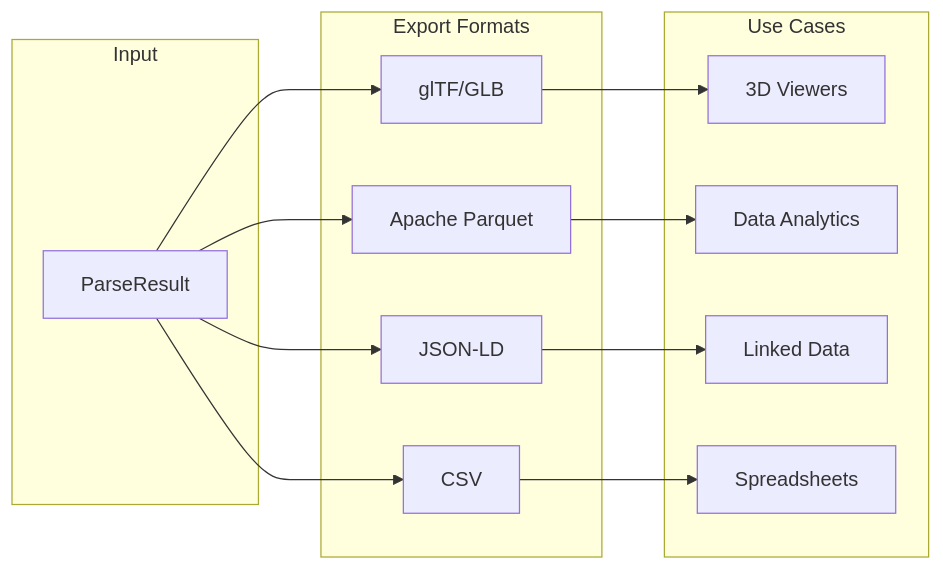
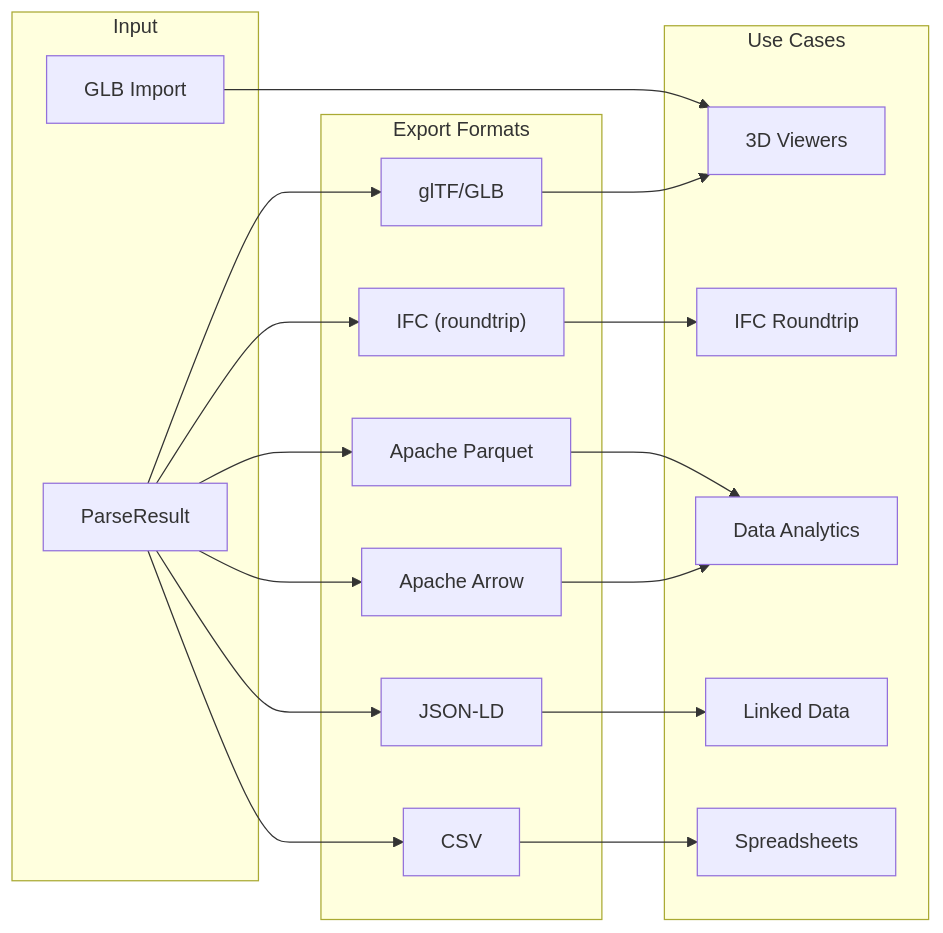
One commit to louistrue/ifc-lite changed the first of 3 diagrams in docs/guide/exporting.md. Above: the diagram before and after it, drawn with Mermaid. The commit also changed other lines of this file and 33 other files, not shown here.

````diff
--- a/docs/guide/exporting.md
+++ b/docs/guide/exporting.md
@@ -70,25 +70,32 @@
 ```mermaid
 flowchart LR
     subgraph Input["Input"]
         IFC["ParseResult"]
+        GLBIn["GLB Import"]
     end
 
     subgraph Formats["Export Formats"]
         glTF["glTF/GLB"]
+        IFCOut["IFC (roundtrip)"]
         Parquet["Apache Parquet"]
+        Arrow["Apache Arrow"]
         JSON["JSON-LD"]
         CSV["CSV"]
     end
 
     subgraph Uses["Use Cases"]
         Viewer["3D Viewers"]
+        Roundtrip["IFC Roundtrip"]
         Analytics["Data Analytics"]
         Linked["Linked Data"]
         Spreadsheet["Spreadsheets"]
     end
 
+    GLBIn --> Viewer
     IFC --> glTF --> Viewer
+    IFC --> IFCOut --> Roundtrip
     IFC --> Parquet --> Analytics
+    IFC --> Arrow --> Analytics
     IFC --> JSON --> Linked
     IFC --> CSV --> Spreadsheet
 ```
````
